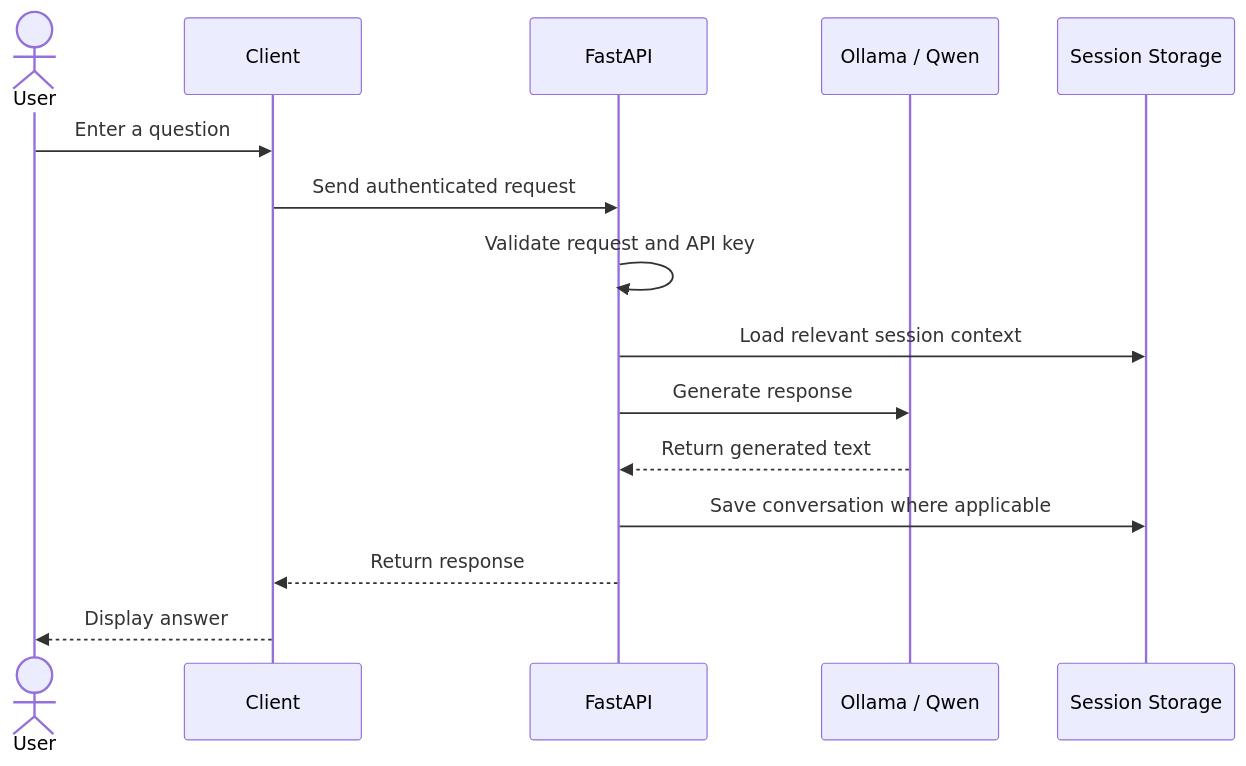
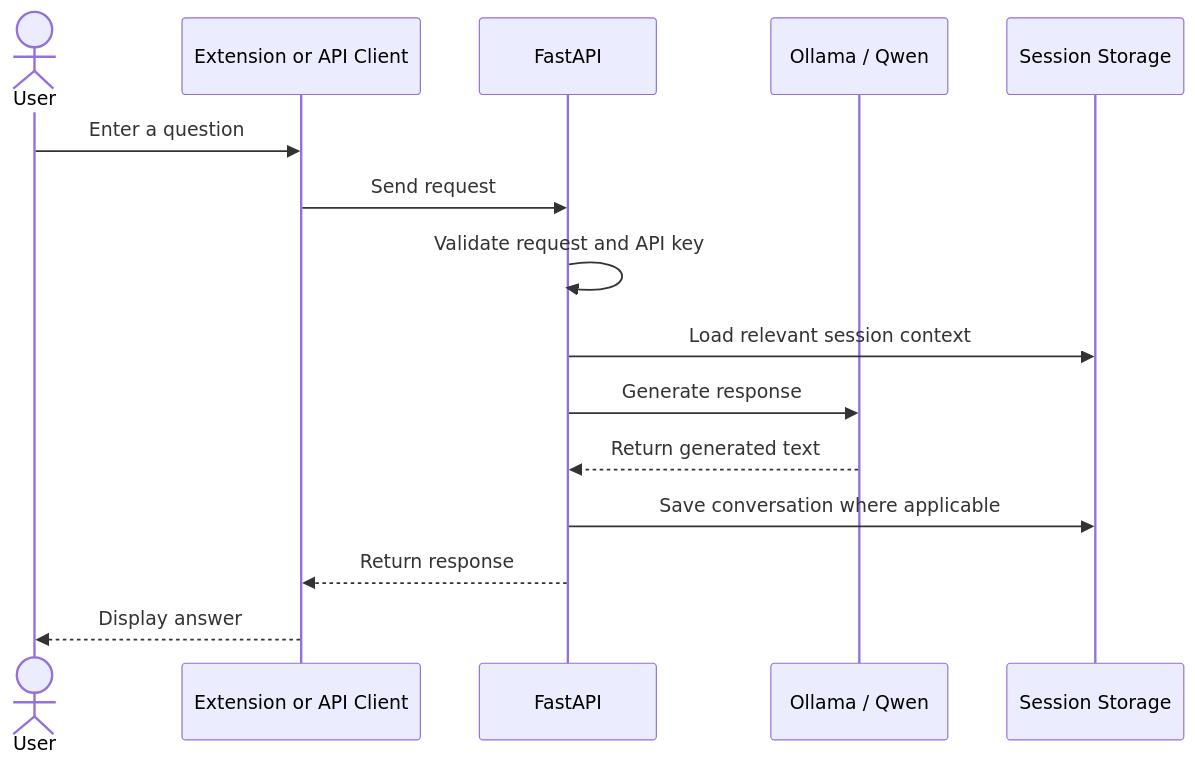
One commit to rajharshit25/qwen-agent-project changed the second of 5 diagrams in README.md. Above: the diagram before and after it, drawn with Mermaid. The commit also changed other lines of this file and 5 other files, not shown here.

````diff
--- a/README.md
+++ b/README.md
@@ -176,18 +199,18 @@
 ```mermaid
 sequenceDiagram
     actor User
-    participant Client
+    participant Client as Extension or API Client
     participant API as FastAPI
     participant Model as Ollama / Qwen
     participant History as Session Storage
 
     User->>Client: Enter a question
-    Client->>API: Send authenticated request
+    Client->>API: Send request
     API->>API: Validate request and API key
     API->>History: Load relevant session context
     API->>Model: Generate response
     Model-->>API: Return generated text
     API->>History: Save conversation where applicable
     API-->>Client: Return response
     Client-->>User: Display answer
 ```
````
